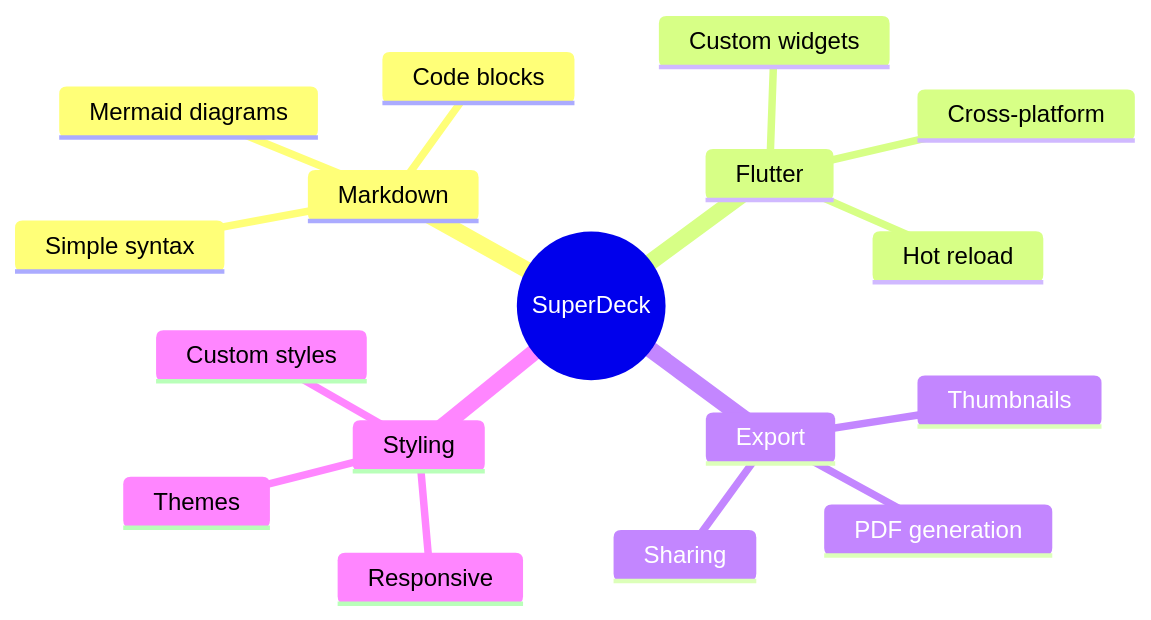
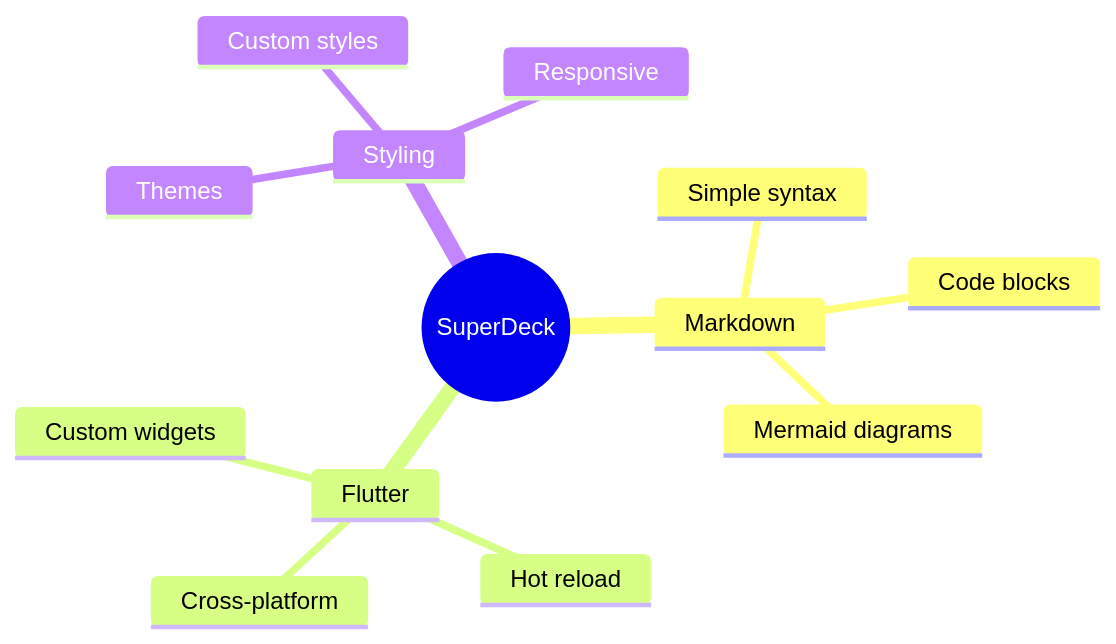
The first of 3 diagrams in demo/slides.md (btwld/superdeck), drawn with Mermaid before and after one commit. The commit also changed other lines of this file and 62 other files, not shown here.

````diff
--- a/demo/slides.md
+++ b/demo/slides.md
@@ -60,20 +59,16 @@
 ```mermaid
 mindmap
   root((SuperDeck))
     Markdown
       Simple syntax
       Code blocks
       Mermaid diagrams
     Flutter
       Custom widgets
       Hot reload
       Cross-platform
-    Export
-      PDF generation
-      Thumbnails
-      Sharing
     Styling
       Themes
       Custom styles
       Responsive
 ```
````
